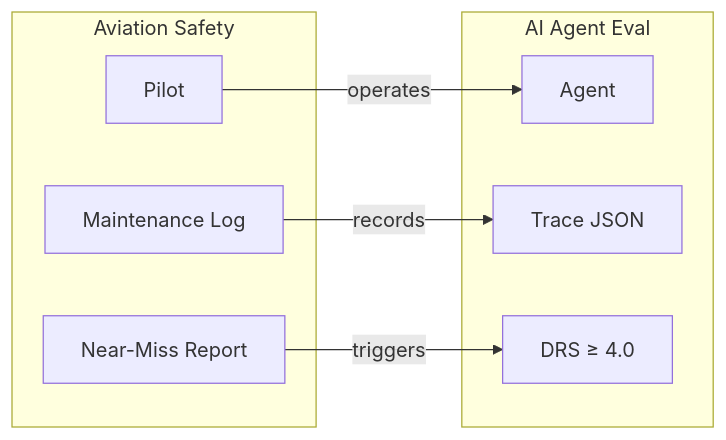
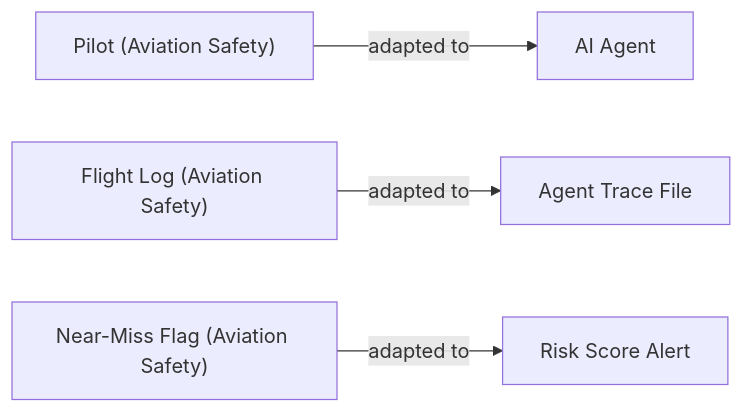
Before and after one commit to ramonsun/hro-ai-safety-evaluation: the diagram in README.md, drawn with Mermaid.

Commit message:
docs: simplify Mermaid diagram nodes, clarify adapted-to direction

````diff
--- a/README.md
+++ b/README.md
@@ -9,16 +9,6 @@
 ```mermaid
 flowchart LR
-    subgraph Aviation["Aviation Safety"]
-        P[Pilot]
-        M[Maintenance Log]
-        N[Near-Miss Report]
-    end
-    subgraph AI["AI Agent Eval"]
-        A[Agent]
-        T[Trace JSON]
-        D[DRS ≥ 4.0]
-    end
-    P -- operates --> A
-    M -- records --> T
-    N -- triggers --> D
+    P["Pilot (Aviation Safety)"] -->|adapted to| A["AI Agent"]
+    M["Flight Log (Aviation Safety)"] -->|adapted to| T["Agent Trace File"]
+    N["Near-Miss Flag (Aviation Safety)"] -->|adapted to| D["Risk Score Alert"]
 ```
````
